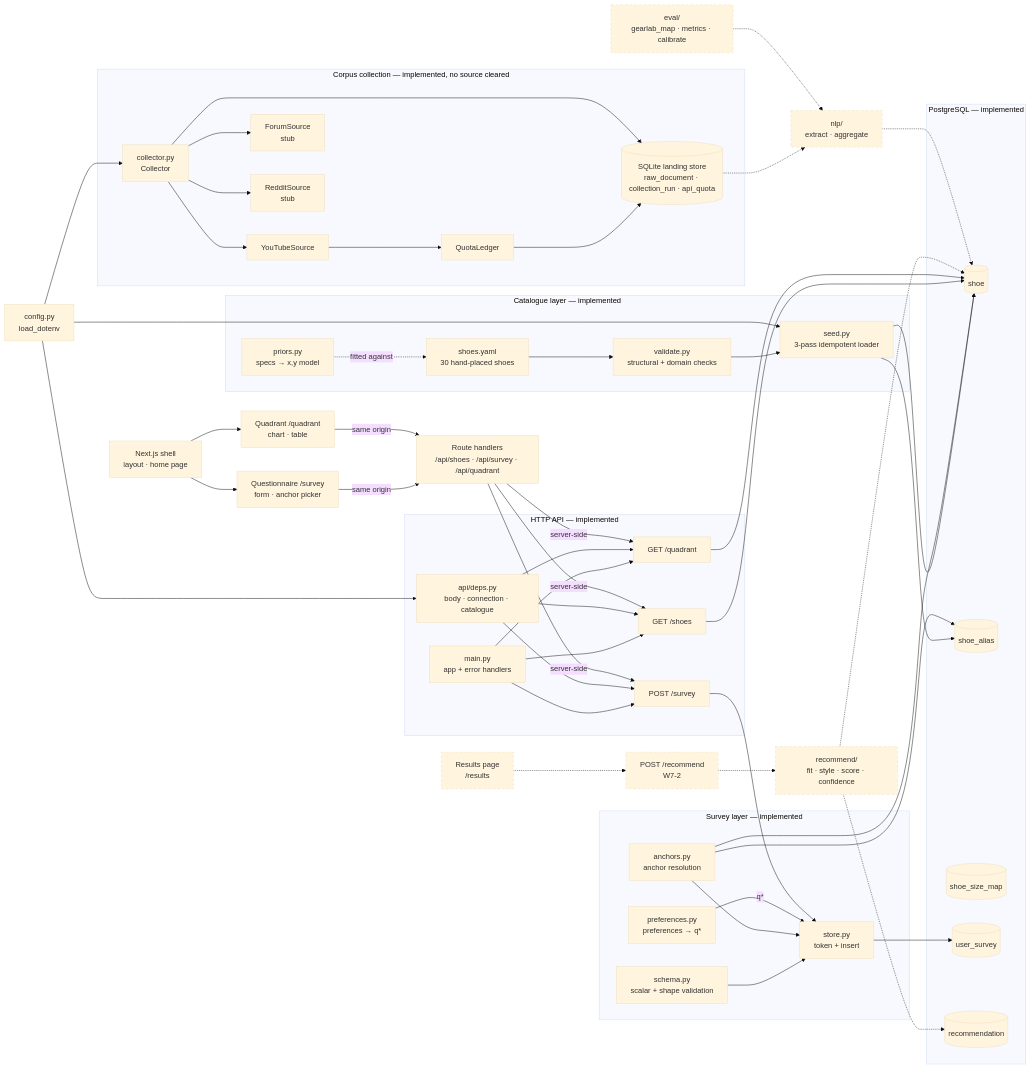
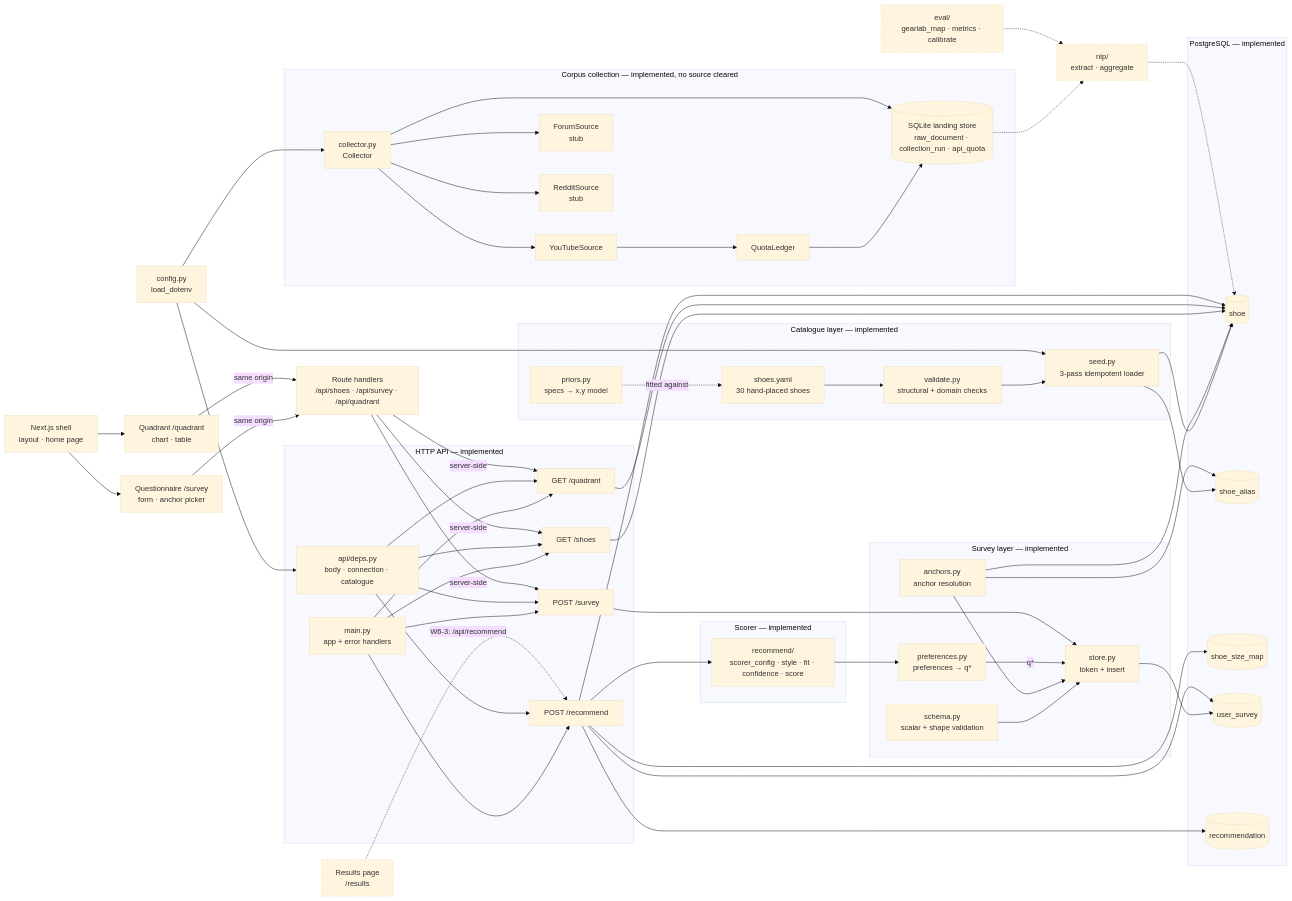
The first of 2 diagrams in docs/ARCHITECTURE.md (barlu3/CruxUp), drawn with Mermaid (base theme) before and after one commit. The commit also changed other lines of this file and 2 other files, not shown here.

First line of the commit message:
W7-2-F: record W7-2 done and the v0 scorer built with its deviations, timeline v3.6, ARCHITECTURE section 4.13 scorer

```diff
--- a/docs/ARCHITECTURE.md
+++ b/docs/ARCHITECTURE.md
@@ -71,6 +71,11 @@
     RSURV[POST /survey]
     RSHOE[GET /shoes]
     RQUAD[GET /quadrant]
+    RREC[POST /recommend]
+  end
+
+  subgraph Scorer["Scorer — implemented"]
+    SCORE[recommend/<br/>scorer_config · style · fit · confidence · score]
   end
 
   CFG[config.py<br/>load_dotenv]
@@ -98,9 +103,12 @@
   RSURV --> STO
   RSHOE --> SHOE
   RQUAD --> SHOE
+  MAIN --> RREC
+  DEPS --> RREC
+  RREC --> SCORE
+  RREC --> SURV & SHOE & SIZE & REC
+  SCORE --> PREF
 
-  RREC[POST /recommend<br/>W7-2]:::planned
-  SCORE[recommend/<br/>fit · style · score · confidence]:::planned
   NLP[nlp/<br/>extract · aggregate]:::planned
   EVAL[eval/<br/>gearlab_map · metrics · calibrate]:::planned
   SHELL[Next.js shell<br/>layout · home page]
@@ -116,8 +124,7 @@
   RELAY -->|server-side| RSHOE
   RELAY -->|server-side| RSURV
   RELAY -->|server-side| RQUAD
-  WEB -.-> RREC -.-> SCORE -.-> SHOE
-  SCORE -.-> REC
+  WEB -.->|"W6-3: /api/recommend"| RREC
   LAND -.-> NLP -.-> SHOE
   EVAL -.-> NLP
 
```
